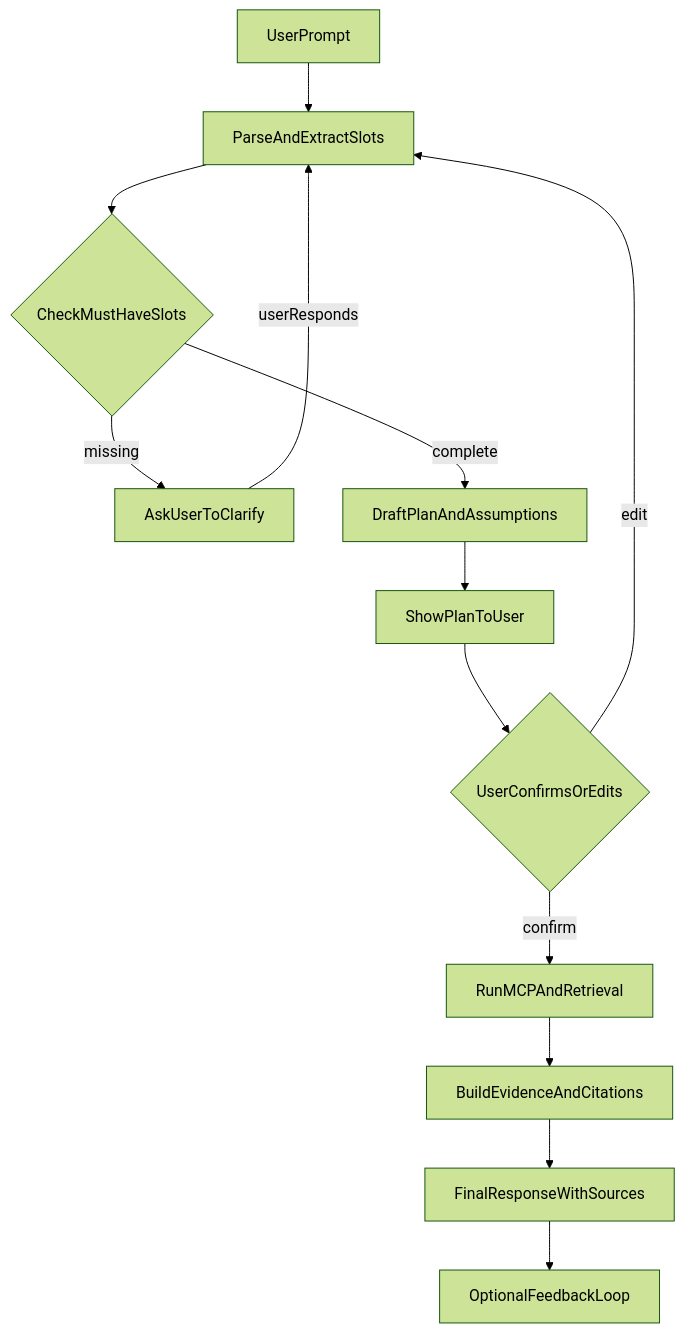
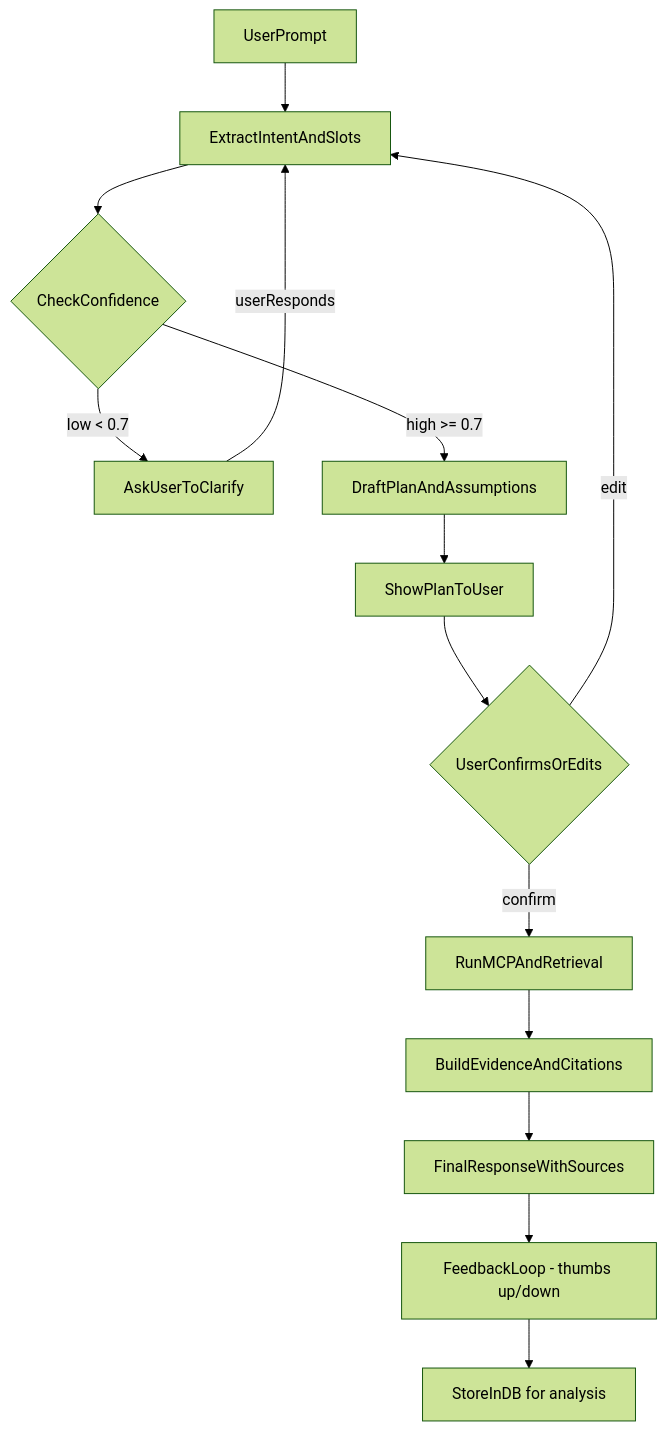
The diagram in docs/PROJECT_SPEC.md (radektar/gemini-chatbot), drawn with Mermaid (forest theme) before and after one commit. The commit also changed other lines of this file and 57 other files, not shown here.

Commit message:
Faza 04 - Plan-first + Feedback Loop: implementacja intent extraction, plan generation i feedback loop zgodnie z [0.2.0]

````diff
--- a/docs/PROJECT_SPEC.md
+++ b/docs/PROJECT_SPEC.md
@@ -277,15 +277,16 @@
 ```mermaid
 flowchart TD
-  userPrompt[UserPrompt] --> parse[ParseAndExtractSlots]
-  parse --> checkSlots{CheckMustHaveSlots}
-  checkSlots -->|missing| askUser[AskUserToClarify]
-  checkSlots -->|complete| planDraft[DraftPlanAndAssumptions]
-  askUser -->|userResponds| parse
+  userPrompt[UserPrompt] --> extract[ExtractIntentAndSlots]
+  extract --> confidence{CheckConfidence}
+  confidence -->|low < 0.7| askUser[AskUserToClarify]
+  confidence -->|high >= 0.7| planDraft[DraftPlanAndAssumptions]
+  askUser -->|userResponds| extract
   planDraft --> showPlan[ShowPlanToUser]
   showPlan --> userConfirm{UserConfirmsOrEdits}
-  userConfirm -->|edit| parse
+  userConfirm -->|edit| extract
   userConfirm -->|confirm| toolCalls[RunMCPAndRetrieval]
   toolCalls --> evidence[BuildEvidenceAndCitations]
   evidence --> response[FinalResponseWithSources]
-  response --> feedback[OptionalFeedbackLoop]
+  response --> feedback[FeedbackLoop - thumbs up/down]
+  feedback --> store[StoreInDB for analysis]
 ```
````
